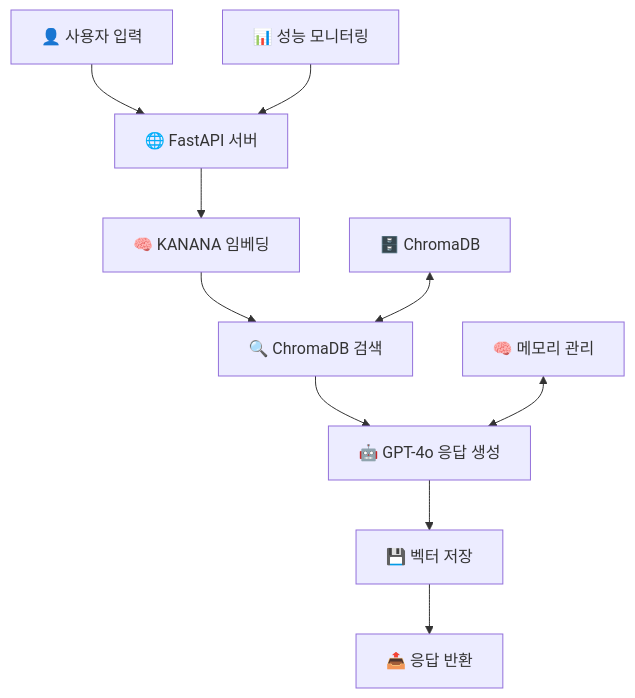
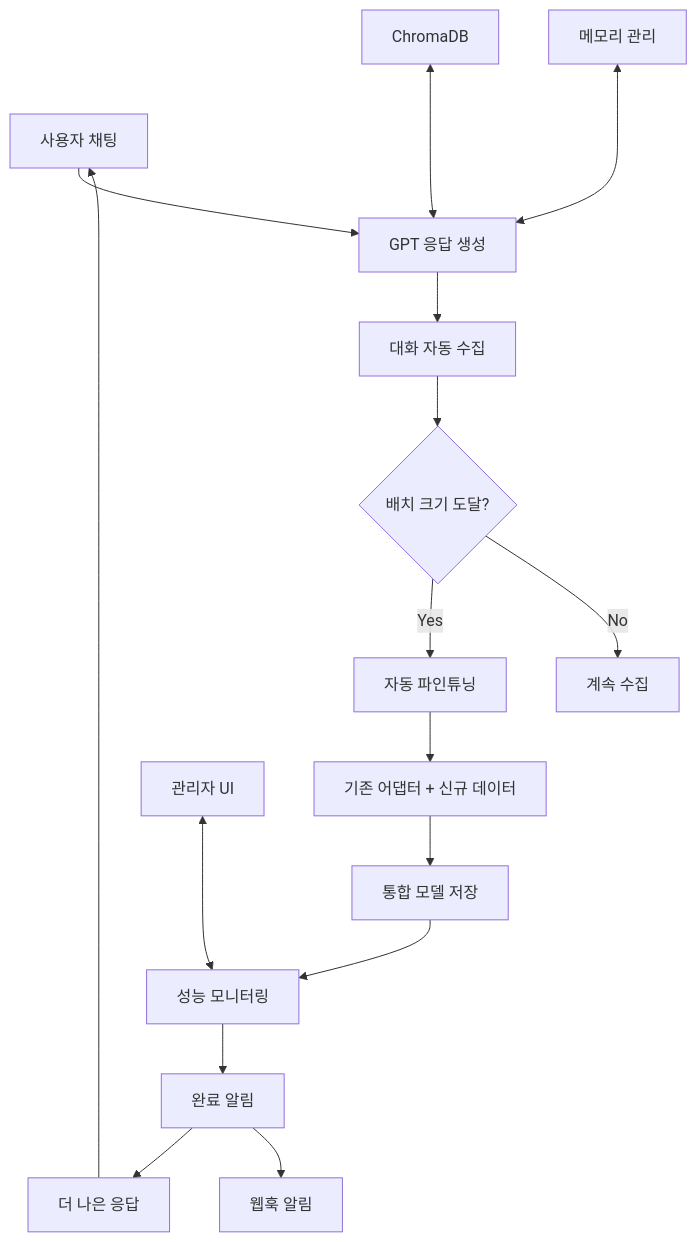
One commit to kurt01124/EchoRAG changed the diagram in README.md. Above: the diagram before and after it, drawn with Mermaid. The commit also changed other lines of this file and 8 other files, not shown here.

````diff
--- a/README.md
+++ b/README.md
@@ -223,13 +187,19 @@
 ```mermaid
 graph TD
-    A[👤 사용자 입력] --> B[🌐 FastAPI 서버]
-    B --> C[🧠 KANANA 임베딩]
-    C --> D[🔍 ChromaDB 검색]
-    D --> E[🤖 GPT-4o 응답 생성]
-    E --> F[💾 벡터 저장]
-    F --> G[📤 응답 반환]
-    
-    H[🗄️ ChromaDB] <--> D
-    I[🧠 메모리 관리] <--> E
-    J[📊 성능 모니터링] --> B
+    A[사용자 채팅] --> B[GPT 응답 생성];
+    B --> C[대화 자동 수집];
+    C --> D{배치 크기 도달?};
+    D -->|Yes| E[자동 파인튜닝];
+    D -->|No| F[계속 수집];
+    E --> G[기존 어댑터 + 신규 데이터];
+    G --> H[통합 모델 저장];
+    H --> I[성능 모니터링];
+    I --> J[완료 알림];
+    J --> K[더 나은 응답];
+    K --> A;
+
+    L[ChromaDB] <---> B;
+    M[메모리 관리] <---> B;
+    J --> N[웹훅 알림];
+    O[관리자 UI] <---> I;
 ```
````
